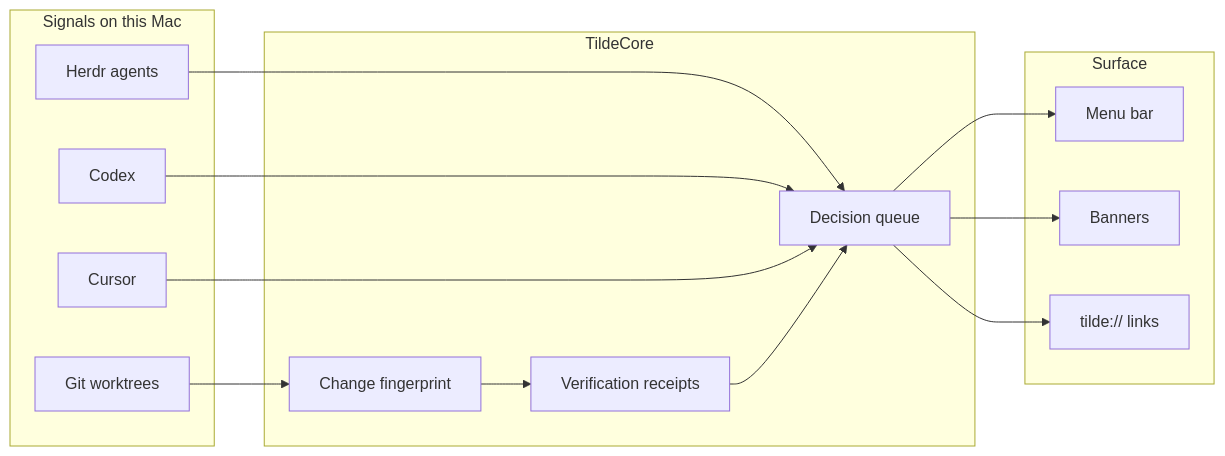
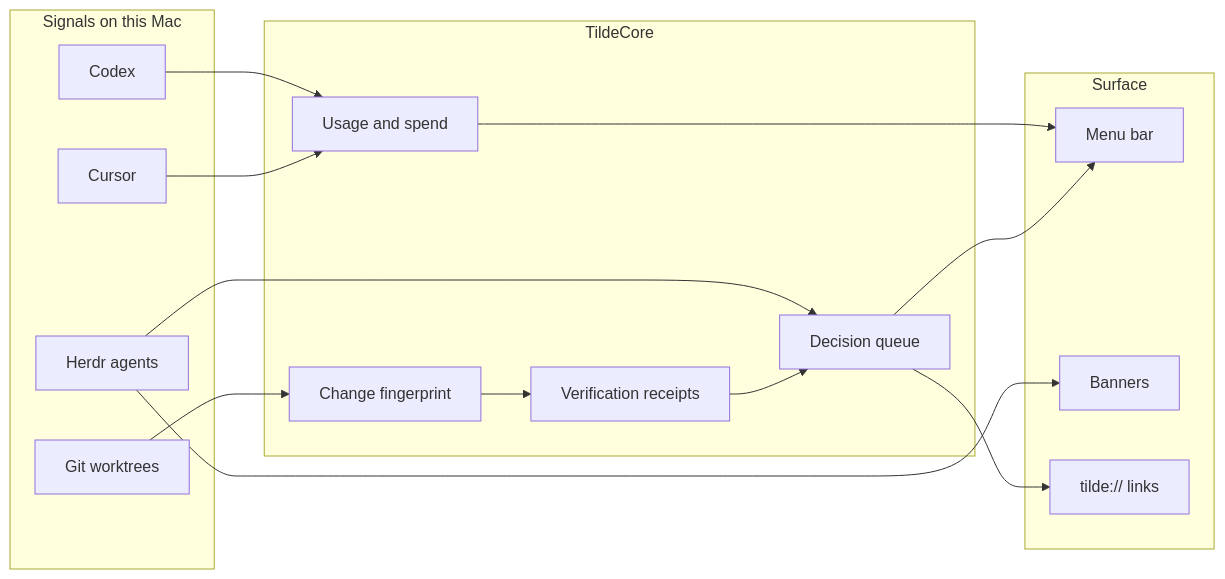
One commit to Le0wang06/Tilde changed the diagram in README.md. Above: the diagram before and after it, drawn with Mermaid. The commit also changed other lines of this file and 3 other files, not shown here.

````diff
--- a/README.md
+++ b/README.md
@@ -137,26 +127,28 @@
 ```mermaid
 flowchart LR
   subgraph sources [Signals on this Mac]
     H[Herdr agents]
     C[Codex]
     K[Cursor]
     G[Git worktrees]
   end
   subgraph core [TildeCore]
     F[Change fingerprint]
     V[Verification receipts]
     Q[Decision queue]
+    U[Usage and spend]
   end
   subgraph surface [Surface]
     M[Menu bar]
     B[Banners]
     D[tilde:// links]
   end
   H --> Q
-  C --> Q
-  K --> Q
+  C --> U
+  K --> U
+  U --> M
   G --> F --> V --> Q
   Q --> M
-  Q --> B
+  H --> B
   Q --> D
 ```
````
